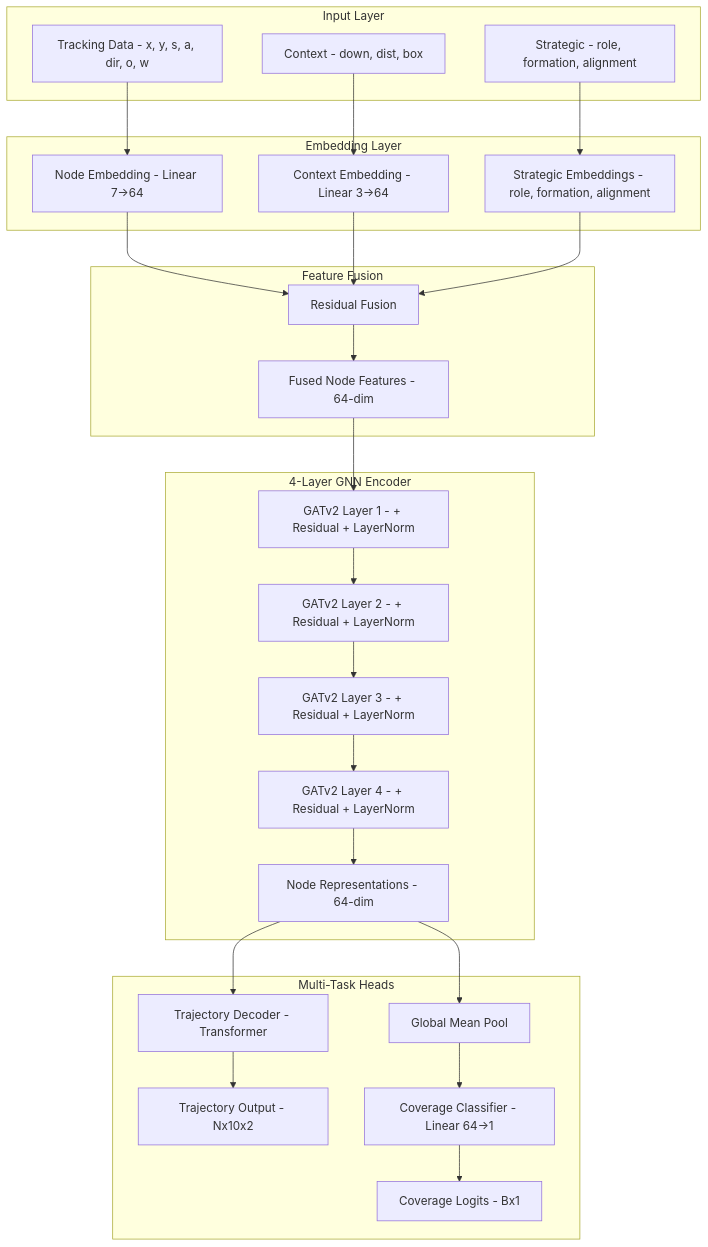
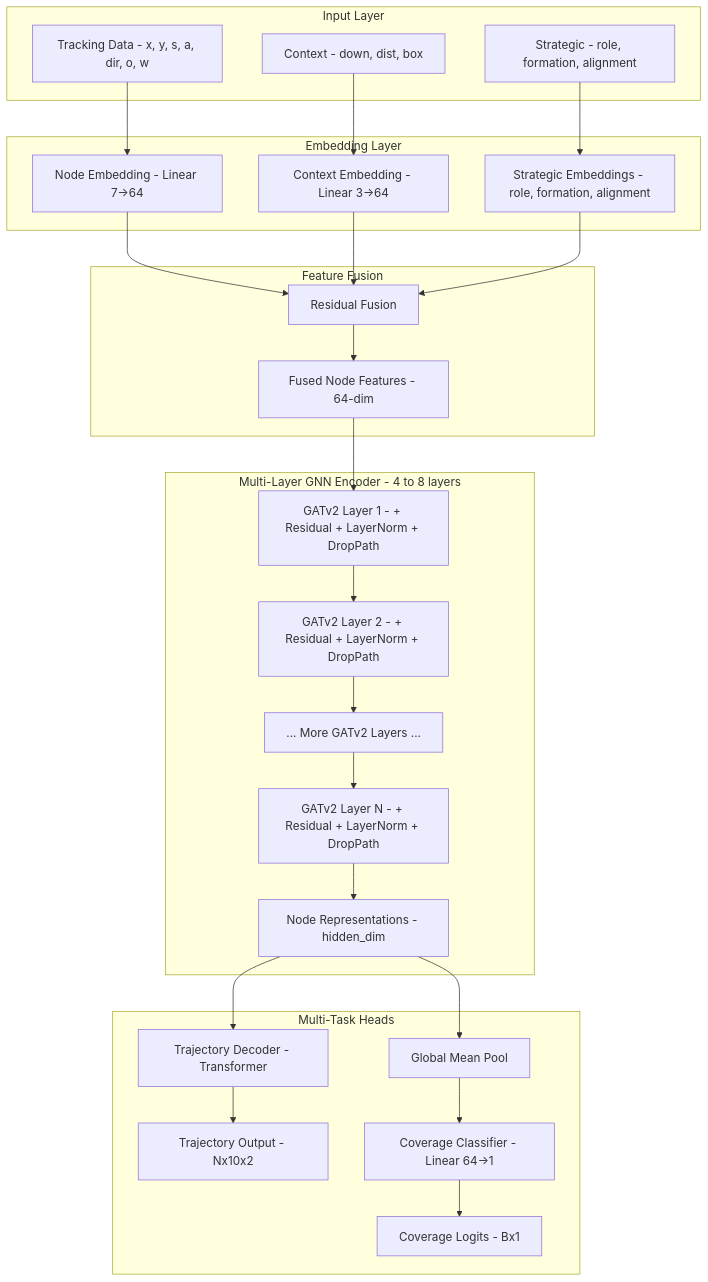
The first of 5 diagrams in docs/architecture.md (tanm-sys/NFL), drawn with Mermaid before and after one commit. The commit also changed other lines of this file and 8 other files, not shown here.

````diff
--- a/docs/architecture.md
+++ b/docs/architecture.md
@@ -31,38 +31,38 @@
 ```mermaid
 graph TB
     subgraph Input_Layer[Input Layer]
         Track[Tracking Data - x, y, s, a, dir, o, w]
         Context[Context - down, dist, box]
         Strategy[Strategic - role, formation, alignment]
     end
     
     subgraph Embedding_Layer[Embedding Layer]
         Track --> NodeEmb[Node Embedding - Linear 7→64]
         Context --> CtxEmb[Context Embedding - Linear 3→64]
         Strategy --> StratEmb[Strategic Embeddings - role, formation, alignment]
     end
     
     subgraph Fusion[Feature Fusion]
         NodeEmb --> Fuse[Residual Fusion]
         CtxEmb --> Fuse
         StratEmb --> Fuse
         Fuse --> FusedNode[Fused Node Features - 64-dim]
     end
     
-    subgraph GNN[4-Layer GNN Encoder]
-        FusedNode --> GAT1[GATv2 Layer 1 - + Residual + LayerNorm]
-        GAT1 --> GAT2[GATv2 Layer 2 - + Residual + LayerNorm]
-        GAT2 --> GAT3[GATv2 Layer 3 - + Residual + LayerNorm]
-        GAT3 --> GAT4[GATv2 Layer 4 - + Residual + LayerNorm]
-        GAT4 --> NodeRep[Node Representations - 64-dim]
+    subgraph GNN[Multi-Layer GNN Encoder - 4 to 8 layers]
+        FusedNode --> GAT1[GATv2 Layer 1 - + Residual + LayerNorm + DropPath]
+        GAT1 --> GAT2[GATv2 Layer 2 - + Residual + LayerNorm + DropPath]
+        GAT2 --> GATN[... More GATv2 Layers ...]
+        GATN --> GATF[GATv2 Layer N - + Residual + LayerNorm + DropPath]
+        GATF --> NodeRep[Node Representations - hidden_dim]
     end
     
     subgraph Decoder[Multi-Task Heads]
         NodeRep --> TrajDec[Trajectory Decoder - Transformer]
         TrajDec --> TrajOut[Trajectory Output - Nx10x2]
         
         NodeRep --> Pool[Global Mean Pool]
         Pool --> CovHead[Coverage Classifier - Linear 64→1]
         CovHead --> CovOut[Coverage Logits - Bx1]
     end
 ```
````
